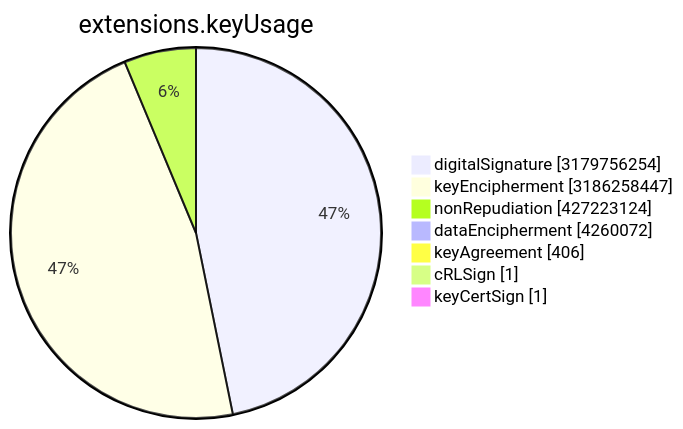
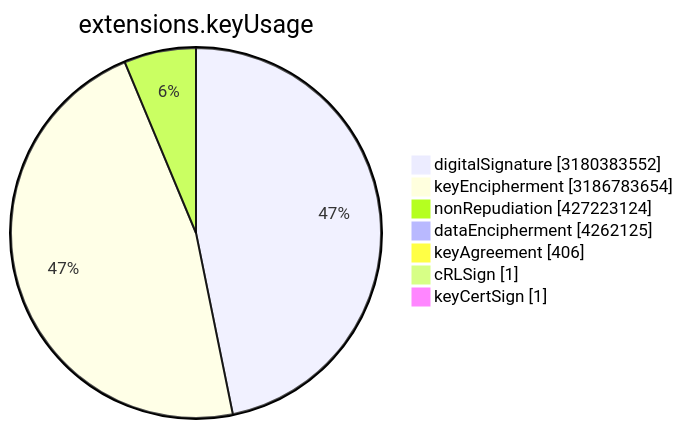
One commit to christiankrug/ctmonitor_visualization changed the sixth of 15 diagrams in TOTAL/README.md. Above: the diagram before and after it, drawn with Mermaid. The commit also changed other lines of this file, not shown here.

````diff
--- a/TOTAL/README.md
+++ b/TOTAL/README.md
@@ -3077,11 +3077,11 @@
 ```mermaid
 pie showData
 title extensions.keyUsage
-"digitalSignature" :3179756254
-"keyEncipherment" :3186258447
+"digitalSignature" :3180383552
+"keyEncipherment" :3186783654
 "nonRepudiation" :427223124
-"dataEncipherment" :4260072
+"dataEncipherment" :4262125
 "keyAgreement" :406
 "cRLSign" :1
 "keyCertSign" :1
 ```
````
